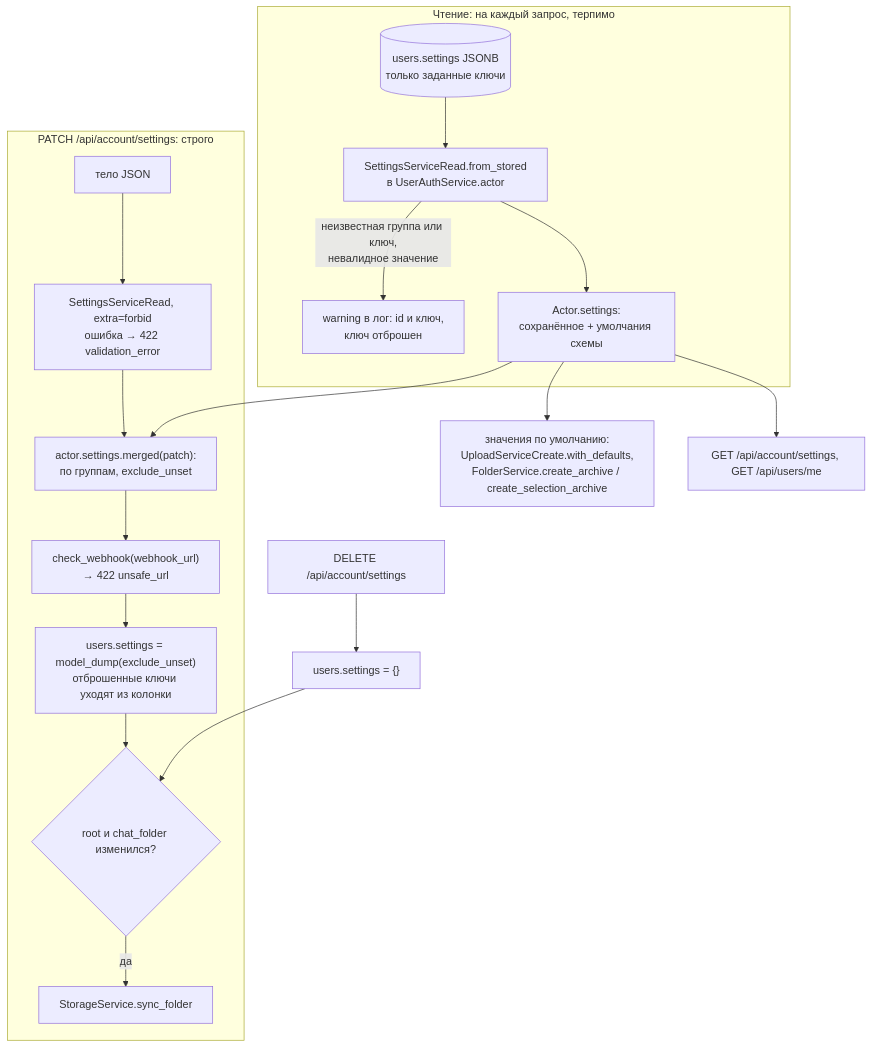
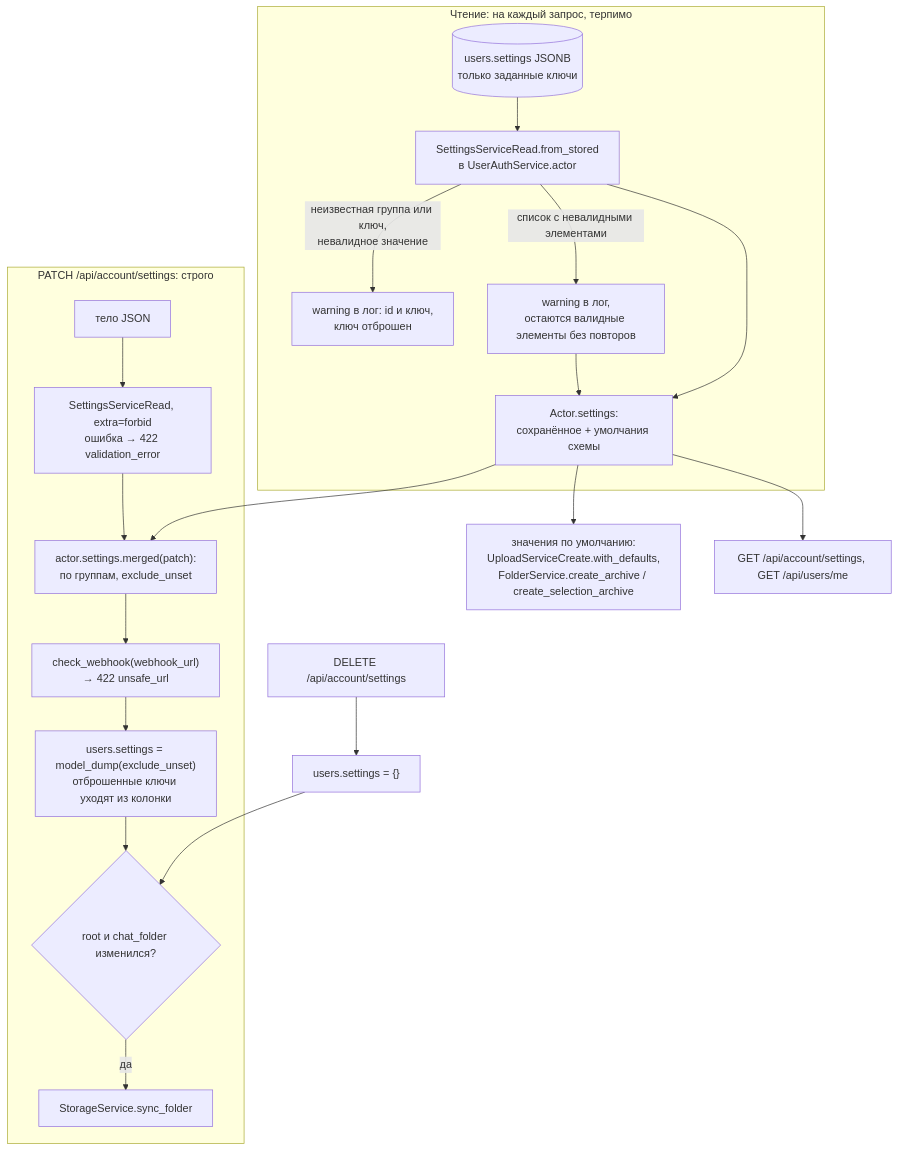
One commit to NikitkaZXC/tcloud-backend changed the diagram in docs/flows/settings.md. Above: the diagram before and after it, drawn with Mermaid. The commit also changed other lines of this file and 3 other files, not shown here.

````diff
--- a/docs/flows/settings.md
+++ b/docs/flows/settings.md
@@ -23,20 +24,22 @@
 ```mermaid
 flowchart TD
     subgraph load["Чтение: на каждый запрос, терпимо"]
         db[("users.settings JSONB<br/>только заданные ключи")] --> fs["SettingsServiceRead.from_stored<br/>в UserAuthService.actor"]
         fs -->|"неизвестная группа или ключ,<br/>невалидное значение"| warn["warning в лог: id и ключ,<br/>ключ отброшен"]
+        fs -->|"список с невалидными элементами"| items["warning в лог,<br/>остаются валидные элементы без повторов"]
+        items --> actor
         fs --> actor["Actor.settings:<br/>сохранённое + умолчания схемы"]
     end
     subgraph write["PATCH /api/account/settings: строго"]
         body["тело JSON"] --> strict["SettingsServiceRead, extra=forbid<br/>ошибка → 422 validation_error"]
         strict --> merge["actor.settings.merged(patch):<br/>по группам, exclude_unset"]
         merge --> wh["check_webhook(webhook_url)<br/>→ 422 unsafe_url"]
         wh --> save["users.settings = model_dump(exclude_unset)<br/>отброшенные ключи уходят из колонки"]
         save --> chg{"root и chat_folder изменился?"}
         chg -->|да| sync["StorageService.sync_folder"]
     end
     reset["DELETE /api/account/settings"] --> zero["users.settings = {}"] --> chg
     actor --> merge
     actor --> use["значения по умолчанию:<br/>UploadServiceCreate.with_defaults,<br/>FolderService.create_archive / create_selection_archive"]
     actor --> me["GET /api/account/settings, GET /api/users/me"]
 ```
````
